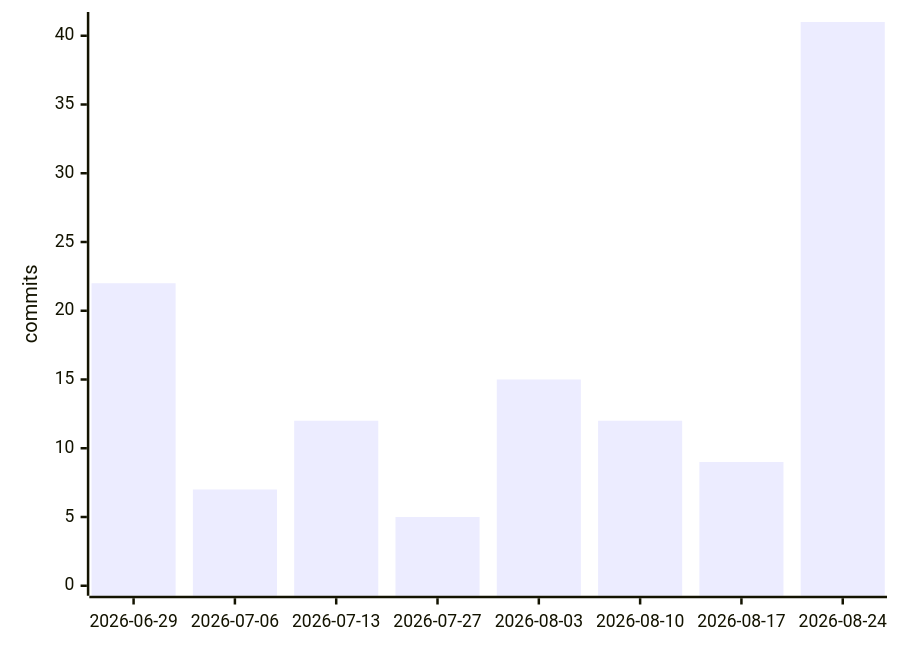
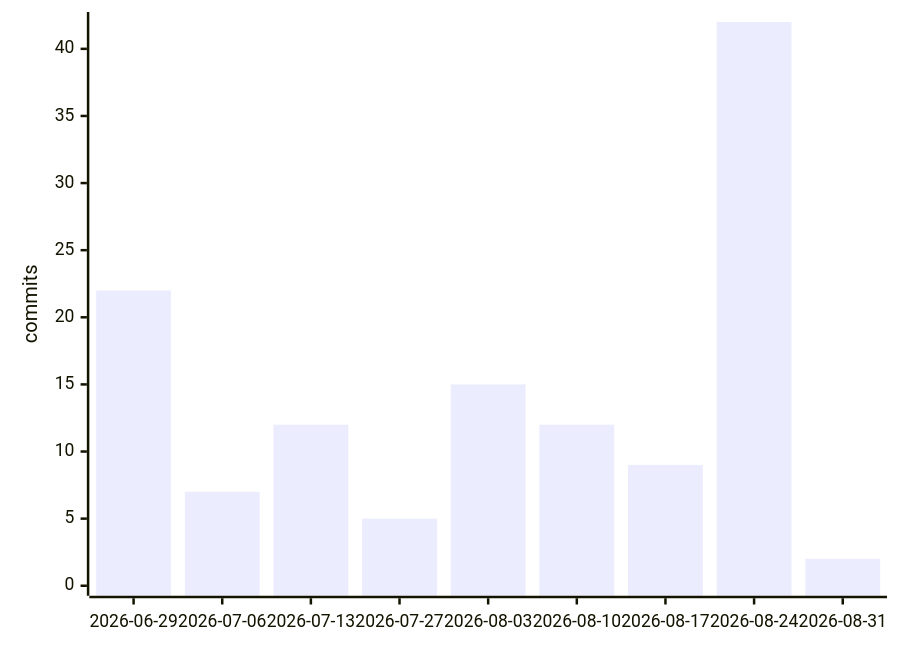
The first of 3 diagrams in README.md (Manashjyoti-Bora/Manashjyoti-Bora), drawn with Mermaid before and after one commit. The commit also changed other lines of this file and 5 other files, not shown here.

````diff
--- a/README.md
+++ b/README.md
@@ -163,6 +163,6 @@
 ```mermaid
 xychart-beta
-    x-axis ["2026-06-29", "2026-07-06", "2026-07-13", "2026-07-27", "2026-08-03", "2026-08-10", "2026-08-17", "2026-08-24"]
-    y-axis "commits" 0 --> 41
-    bar [22, 7, 12, 5, 15, 12, 9, 41]
+    x-axis ["2026-06-29", "2026-07-06", "2026-07-13", "2026-07-27", "2026-08-03", "2026-08-10", "2026-08-17", "2026-08-24", "2026-08-31"]
+    y-axis "commits" 0 --> 42
+    bar [22, 7, 12, 5, 15, 12, 9, 42, 2]
 ```
````
